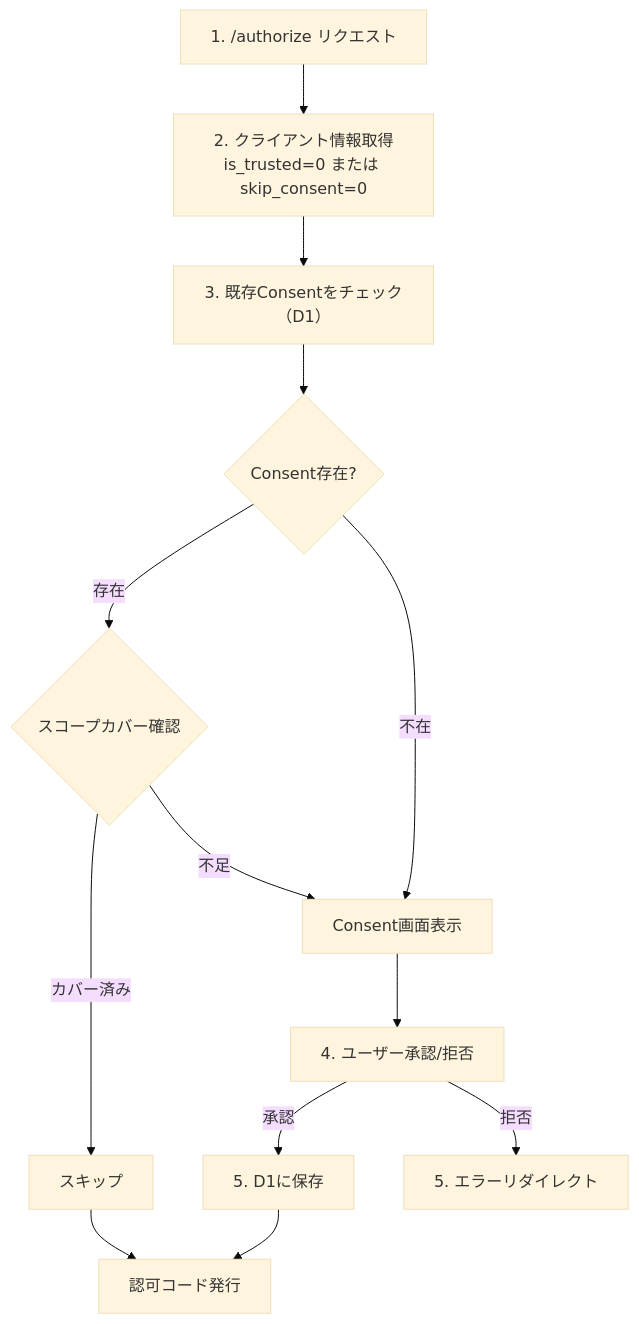
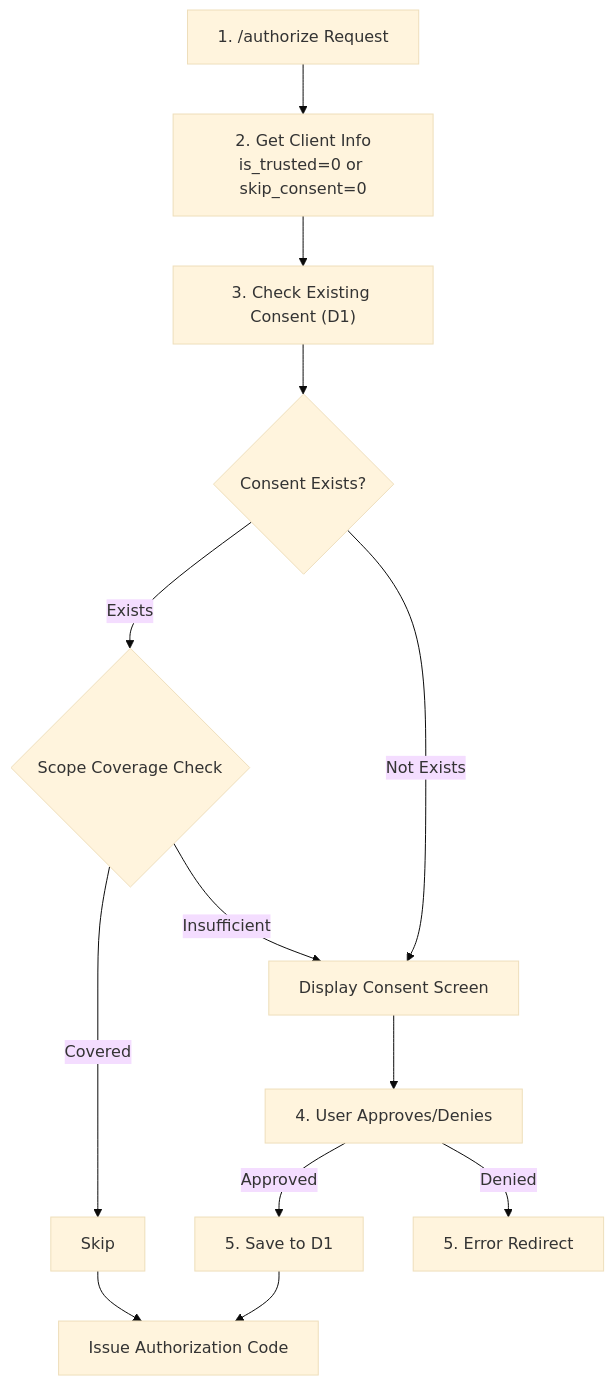
Before and after one commit to sgrastar/authrim: the second of 3 diagrams in packages/op-auth/TRUSTED_CLIENT_SPEC.md, drawn with Mermaid (base theme). The commit also changed other lines of this file and 23 other files, not shown here.

First line of the commit message:
docs: Translate all Japanese documentation to English and convert ASCII diagrams to Mermaid

````diff
--- a/packages/op-auth/TRUSTED_CLIENT_SPEC.md
+++ b/packages/op-auth/TRUSTED_CLIENT_SPEC.md
@@ -112,15 +112,15 @@
 ```mermaid
 flowchart TD
-    A["1. /authorize リクエスト"] --> B["2. クライアント情報取得<br/>is_trusted=0 または skip_consent=0"]
-    B --> C["3. 既存Consentをチェック（D1）"]
-    C --> D{Consent存在?}
-    D -->|存在| E{スコープカバー確認}
-    E -->|カバー済み| F["スキップ"]
-    E -->|不足| G["Consent画面表示"]
-    D -->|不在| G
-    G --> H["4. ユーザー承認/拒否"]
-    H -->|承認| I["5. D1に保存"]
-    H -->|拒否| J["5. エラーリダイレクト"]
-    F --> K["認可コード発行"]
+    A["1. /authorize Request"] --> B["2. Get Client Info<br/>is_trusted=0 or skip_consent=0"]
+    B --> C["3. Check Existing Consent (D1)"]
+    C --> D{Consent Exists?}
+    D -->|Exists| E{Scope Coverage Check}
+    E -->|Covered| F["Skip"]
+    E -->|Insufficient| G["Display Consent Screen"]
+    D -->|Not Exists| G
+    G --> H["4. User Approves/Denies"]
+    H -->|Approved| I["5. Save to D1"]
+    H -->|Denied| J["5. Error Redirect"]
+    F --> K["Issue Authorization Code"]
     I --> K
 ```
````
